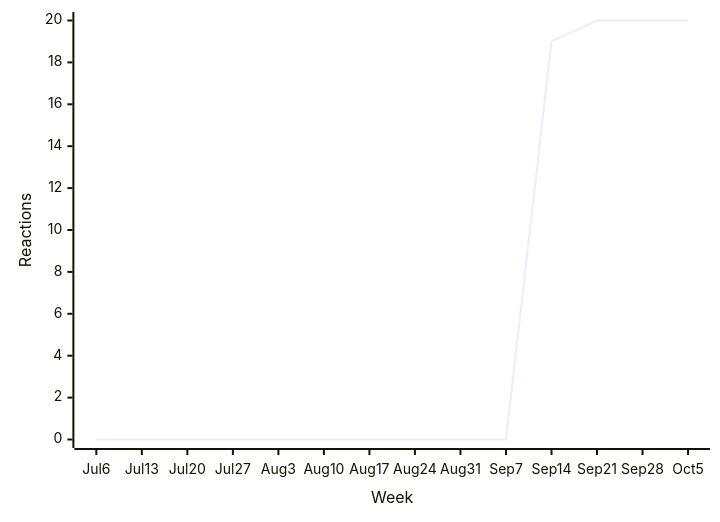
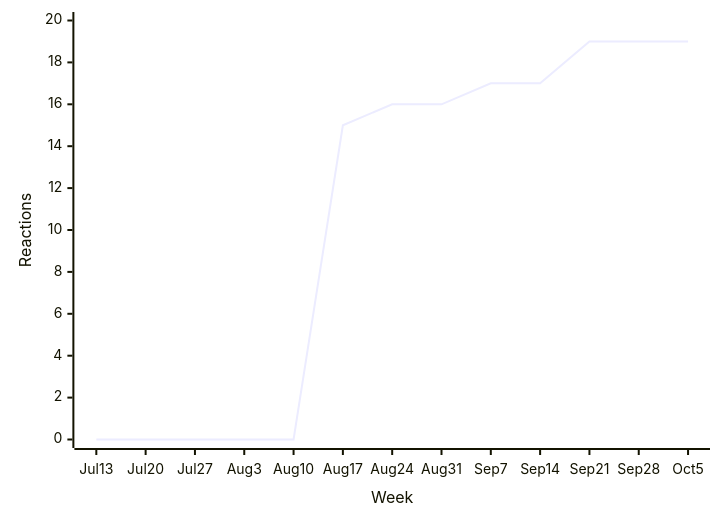
Before and after one commit to loic-sharma/github-insights: the seventh of 34 diagrams in README.md, drawn with Mermaid. The commit also changed other lines of this file and 3 other files, not shown here.

````diff
--- a/README.md
+++ b/README.md
@@ -426,6 +426,6 @@
   ```mermaid
   xychart-beta
-    x-axis "Week" [Jul 6, Jul 13, Jul 20, Jul 27, Aug 3, Aug 10, Aug 17, Aug 24, Aug 31, Sep 7, Sep 14, Sep 21, Sep 28, Oct 5]
+    x-axis "Week" [Jul 13, Jul 20, Jul 27, Aug 3, Aug 10, Aug 17, Aug 24, Aug 31, Sep 7, Sep 14, Sep 21, Sep 28, Oct 5]
     y-axis "Reactions" 0 --> 20
-    line [0, 0, 0, 0, 0, 0, 0, 0, 0, 0, 19, 20, 20, 20]
+    line [0, 0, 0, 0, 0, 15, 16, 16, 17, 17, 19, 19, 19]
   ```
````
